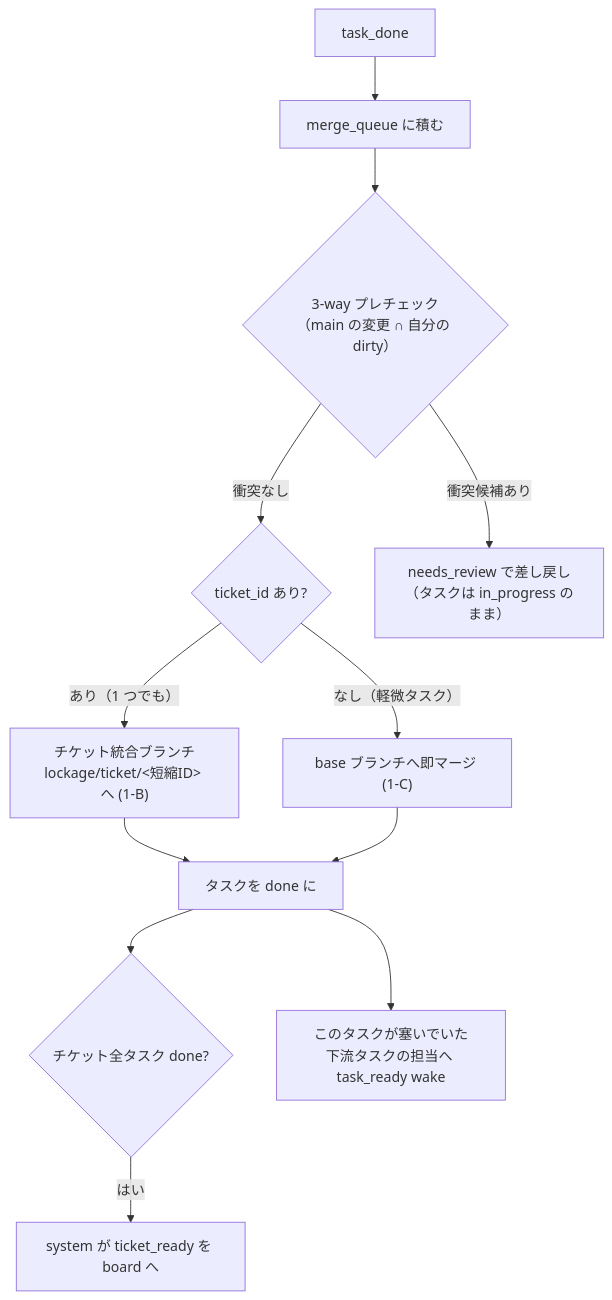
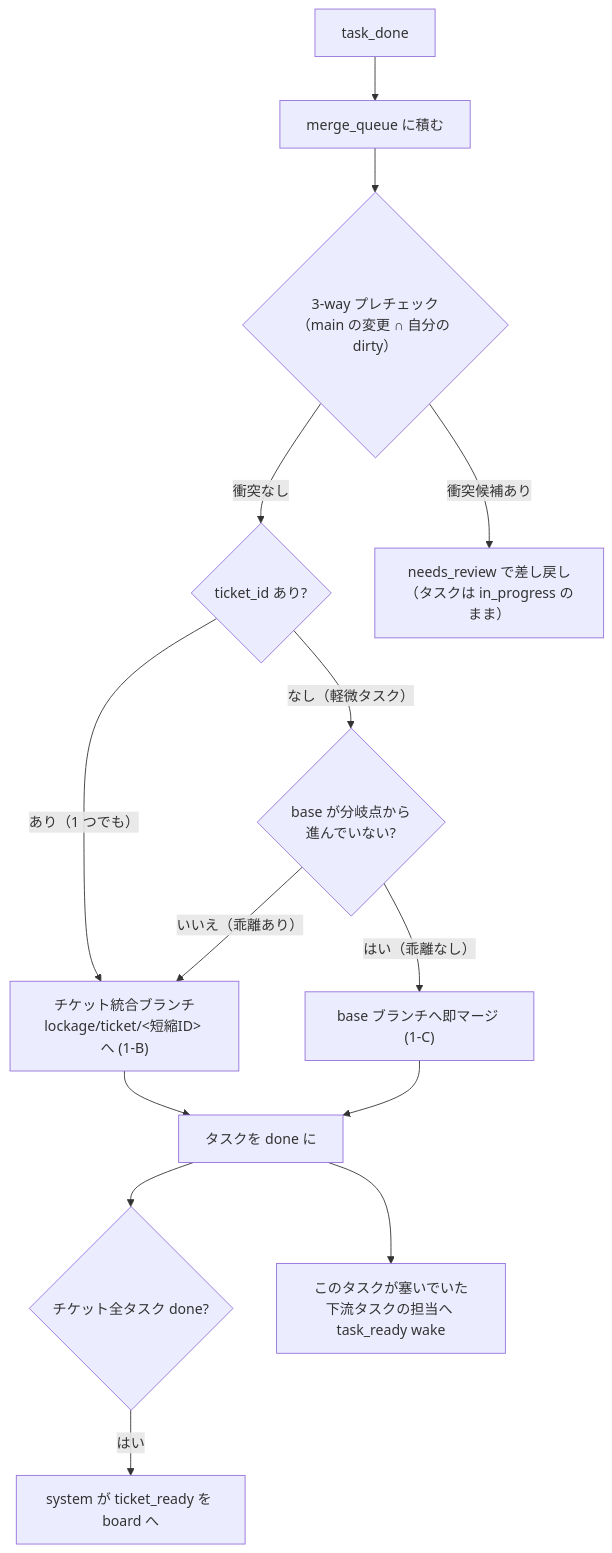
Before and after one commit to tacck/lockage: the fourth of 9 diagrams in docs/overview_ja.md, drawn with Mermaid. The commit also changed other lines of this file and 1 other file, not shown here.

````diff
--- a/docs/overview_ja.md
+++ b/docs/overview_ja.md
@@ -150,14 +151,16 @@
 ```mermaid
 flowchart TD
     TD["task_done"] --> ENQ["merge_queue に積む"]
     ENQ --> GATE{"3-way プレチェック<br/>（main の変更 ∩ 自分の dirty）"}
     GATE -->|衝突なし| TICKET{"ticket_id あり?"}
     GATE -->|衝突候補あり| NR["needs_review で差し戻し<br/>（タスクは in_progress のまま）"]
     TICKET -->|あり（1 つでも）| IB["チケット統合ブランチ<br/>lockage/ticket/&lt;短縮ID&gt; へ (1-B)"]
-    TICKET -->|なし（軽微タスク）| BASE["base ブランチへ即マージ (1-C)"]
+    TICKET -->|なし（軽微タスク）| SMALL{"base が分岐点から<br/>進んでいない?"}
+    SMALL -->|はい（乖離なし）| BASE["base ブランチへ即マージ (1-C)"]
+    SMALL -->|いいえ（乖離あり）| IB
     IB --> DONE["タスクを done に"]
     BASE --> DONE
     DONE --> READY{"チケット全タスク done?"}
     READY -->|はい| TR["system が ticket_ready を board へ"]
     DONE --> WAKE["このタスクが塞いでいた<br/>下流タスクの担当へ task_ready wake"]
 ```
````
